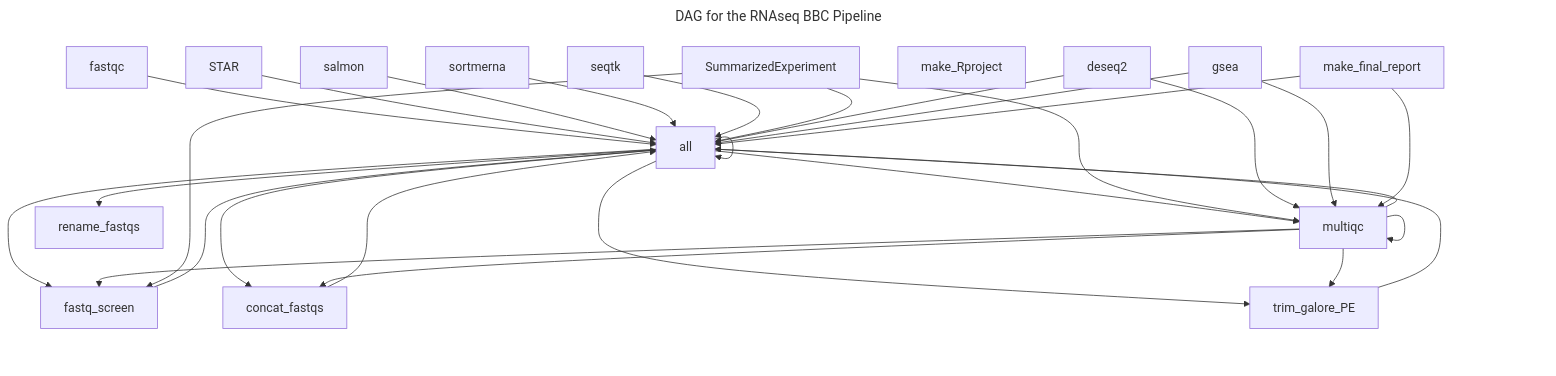
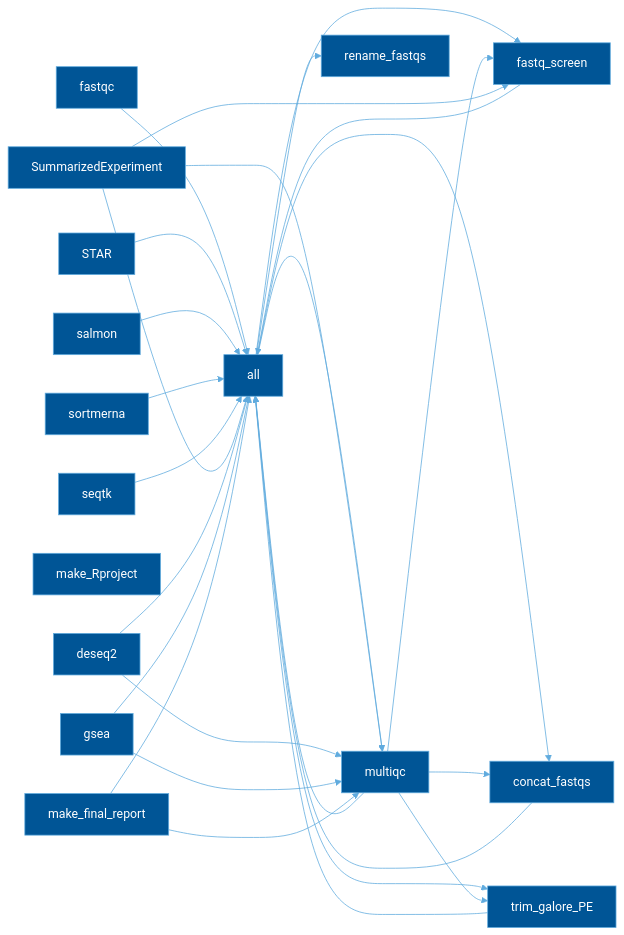
One commit to vari-bbc/rnaseq_workflow changed the diagram in README.md. Above: the diagram before and after it, drawn with Mermaid. The commit also changed other lines of this file, not shown here.

Commit message:
Changed orientation and color.

````diff
--- a/README.md
+++ b/README.md
@@ -56,50 +56,58 @@
 ```mermaid
 ---
-title: DAG for the RNAseq BBC Pipeline
+config:
+  look: classic
+  theme: base
+  themeVariables: {
+      'primaryColor': '#005596',
+      'primaryTextColor': '#fff',
+      'primaryBorderColor': '#60abde',
+      'lineColor': '#60abde',
+      'secondaryColor': '#006100',
+      'tertiaryColor': '#fff'
+    }
 ---
-flowchart TB
+flowchart LR
 	id0[all]
 	id1[multiqc]
 	id2[fastq_screen]
 	id3[concat_fastqs]
 	id4[trim_galore_PE]
 	id5[rename_fastqs]
 	id6[fastqc]
 	id7[STAR]
 	id8[salmon]
 	id9[sortmerna]
 	id10[seqtk]
 	id11[SummarizedExperiment]
 	id12[make_Rproject]
 	id13[deseq2]
 	id14[gsea]
 	id15[make_final_report]
-	id0 --> id0
 	id0 --> id1
 	id0 --> id2
 	id0 --> id3
 	id0 --> id4
 	id0 --> id5
 	id1 --> id0
-	id1 --> id1
 	id1 --> id2
 	id1 --> id3
 	id1 --> id4
 	id2 --> id0
 	id3 --> id0
 	id4 --> id0
 	id6 --> id0
 	id7 --> id0
 	id8 --> id0
 	id9 --> id0
 	id10 --> id0
 	id11 --> id0
 	id11 --> id1
 	id11 --> id2
 	id13 --> id0
 	id13 --> id1
 	id14 --> id0
 	id14 --> id1
 	id15 --> id0
 	id15 --> id1
 ```
````
